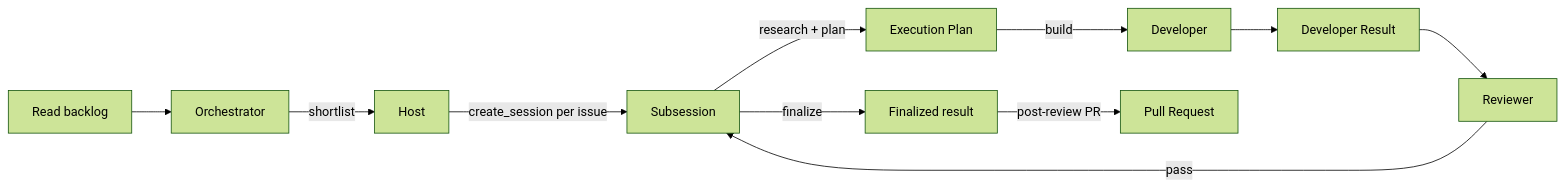
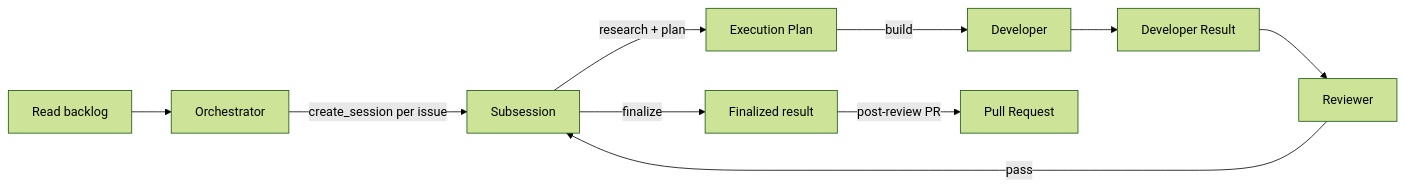
The diagram in docs/agents/simple-delivery.md (lfarci/loganfarci.com), drawn with Mermaid (forest theme) before and after one commit. The commit also changed other lines of this file and 1 other file, not shown here.

````diff
--- a/docs/agents/simple-delivery.md
+++ b/docs/agents/simple-delivery.md
@@ -49,13 +47,12 @@
 ```mermaid
 flowchart LR
     B[Read backlog] --> O[Orchestrator]
-    O -->|shortlist| H[Host]
-    H -->|create_session per issue| S[Subsession]
+        O -->|create_session per issue| S[Subsession]
     S -->|research + plan| P[Execution Plan]
     P -->|build| D[Developer]
     D --> R[Developer Result]
     R --> V[Reviewer]
     V -->|pass| S
     S -->|finalize| F[Finalized result]
     F -->|post-review PR| PR[Pull Request]
 ```
````
